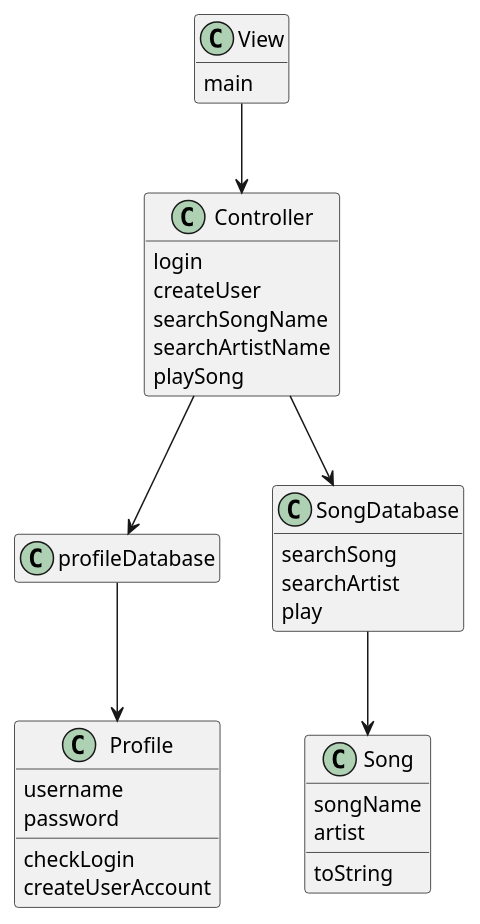
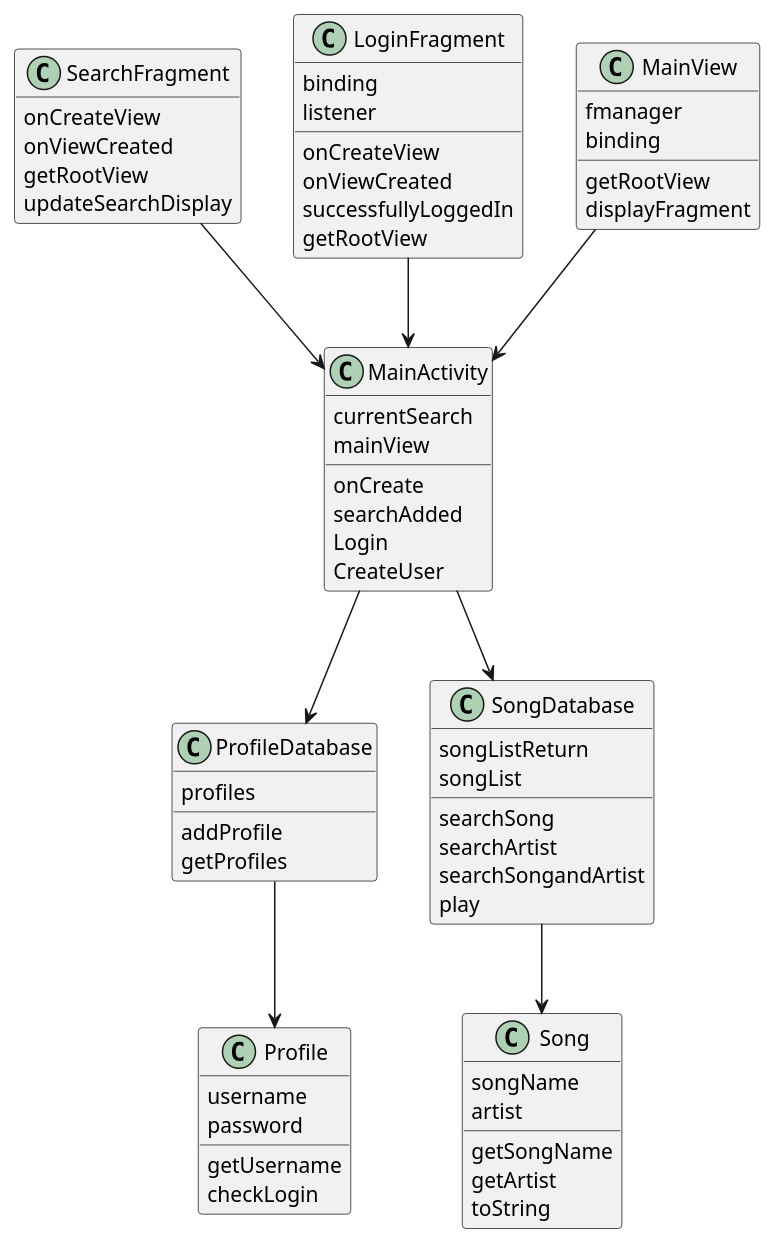
The third of 3 diagrams in intellij/doc/testing.puml (SamS317/VassarSpotify), drawn with PlantUML before and after one commit.

Commit message:
Updated class diagram

```diff
--- a/intellij/doc/testing.puml
+++ b/intellij/doc/testing.puml
@@ -78,50 +78,82 @@
 @startuml
 '''Class diagram
-'''All the classes that were going to have
-'''View, Controller, ProfileDatabase, Profile, SongDatabase (should have search method), Song (play song method should be here)
 hide empty methods
 hide empty attributes
 
-
-class View{
-    {method} main
+class MainActivity{
+    {method} onCreate
+    {method} searchAdded
+    {method} Login
+    {method} CreateUser
+    {field} currentSearch
+    {field} mainView
 }
 
-class Controller{
-    {method} login
-    {method} createUser
-    {method} searchSongName
-    {method} searchArtistName
-    {method} playSong
+class ProfileDatabase{
+    {method} addProfile
+    {method} getProfiles
+    {field} profiles
 }
 
-class profileDatabase{
-    {method}
+class SearchFragment{
+    {method} onCreateView
+    {method} onViewCreated
+    {method} getRootView
+    {method} updateSearchDisplay
 }
 
 class Profile{
+    {method} getUsername
+    {method} checkLogin
     {field} username
     {field} password
-    {method} checkLogin
-    {method} createUserAccount
 }
 
 class Song{
     {field} songName
     {field} artist
+    {method} getSongName
+    {method} getArtist
     {method} toString
 }
 
 class SongDatabase{
+    {field} songListReturn
+    {field} songList
     {method} searchSong
     {method} searchArtist
+    {method} searchSongandArtist
     {method} play
 }
 
-View --> Controller
-Controller --> profileDatabase
-Controller --> SongDatabase
-profileDatabase --> Profile
+class LoginFragment{
+    {method} onCreateView
+    {method} onViewCreated
+    {method} successfullyLoggedIn
+    {method} getRootView
+    {field} binding
+    {field} listener
+}
+
+class MainView{
+    {field} fmanager
+    {field} binding
+    {method} getRootView
+    {method} displayFragment
+}
+
+
+MainActivity --> ProfileDatabase
+MainActivity --> SongDatabase
+
+SearchFragment -->  MainActivity
+
+LoginFragment -->  MainActivity
+
+MainView --> MainActivity
+
+
+ProfileDatabase --> Profile
 SongDatabase --> Song
 
 @enduml
```
